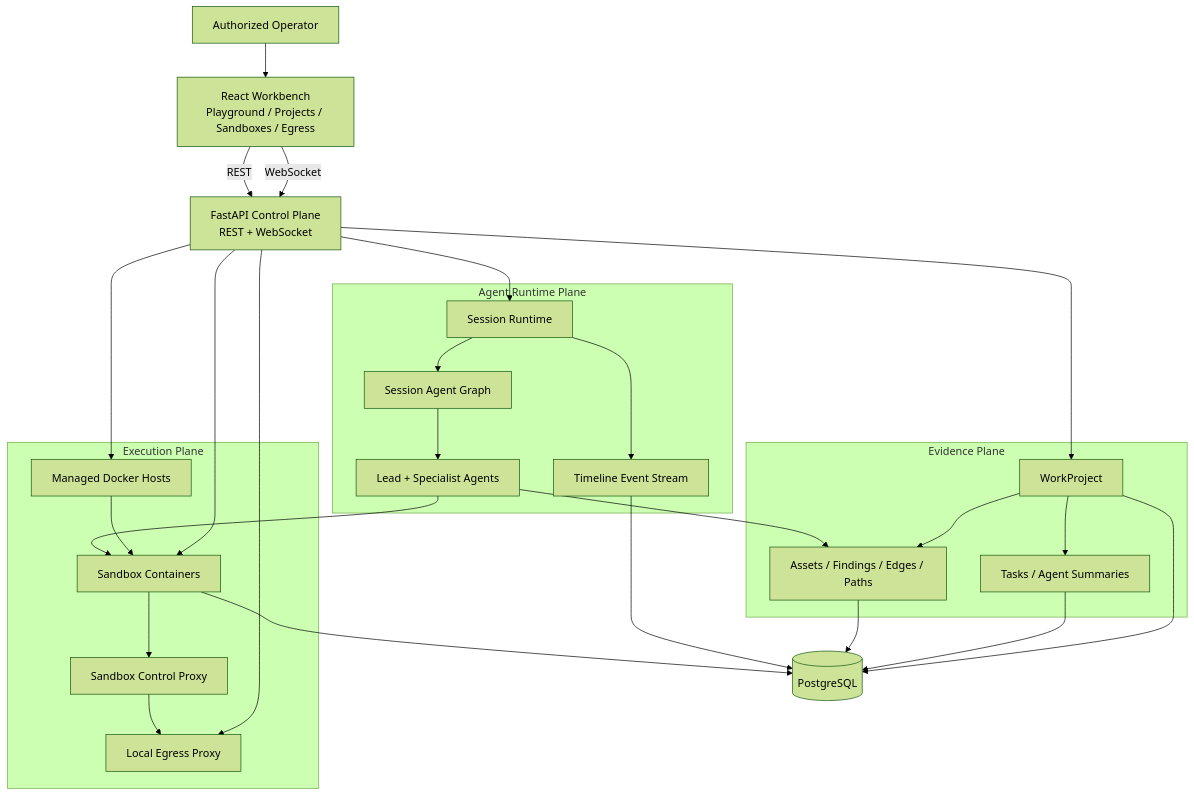
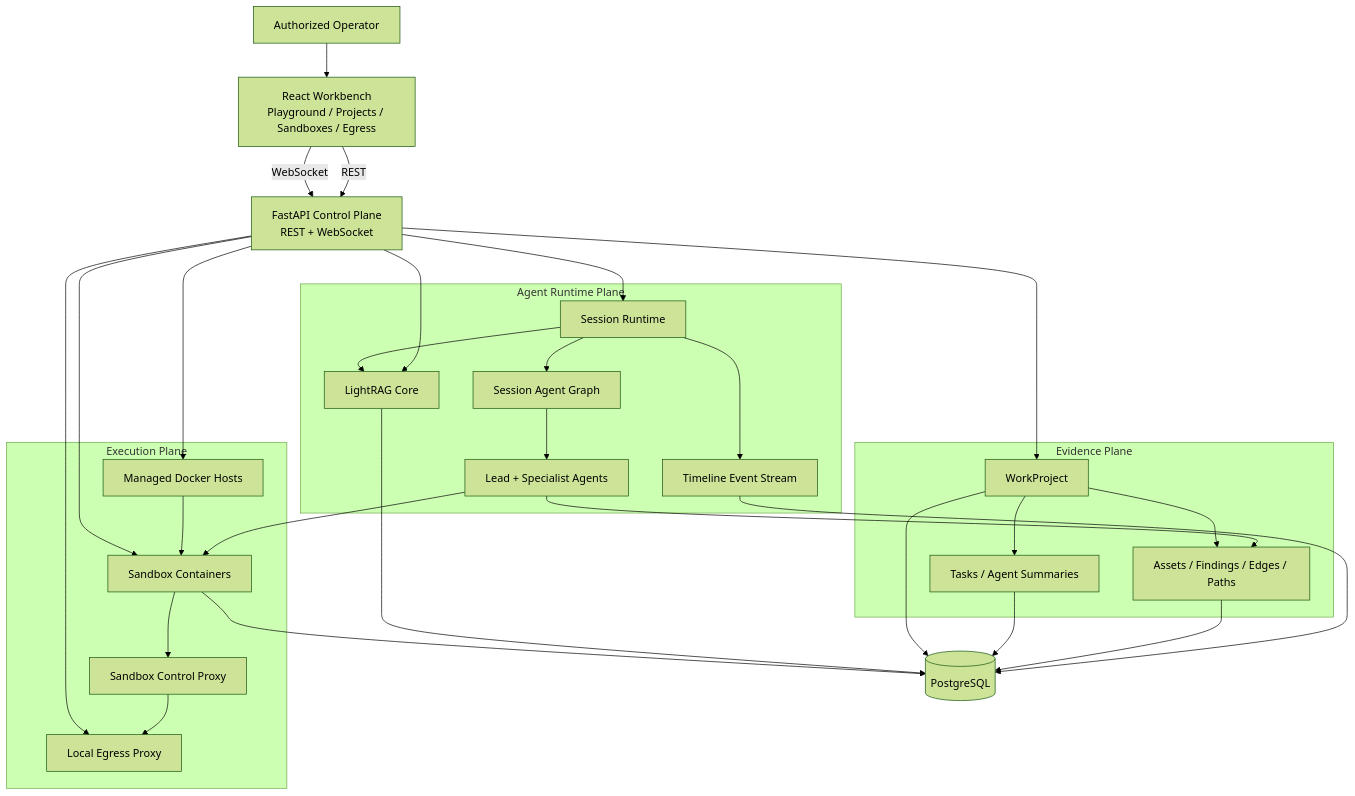
One commit to MolTau9527/Z3r0 changed the first of 4 diagrams in README.md. Above: the diagram before and after it, drawn with Mermaid (forest theme). The commit also changed other lines of this file and 99 other files, not shown here.

Commit message:
feat: Add LightRAG knowledge management and contextual retrieval

````diff
--- a/README.md
+++ b/README.md
@@ -41,48 +41,52 @@
 ```mermaid
 flowchart TB
   Operator["Authorized Operator"]
   Workbench["React Workbench<br/>Playground / Projects / Sandboxes / Egress"]
   API["FastAPI Control Plane<br/>REST + WebSocket"]
 
   subgraph Runtime["Agent Runtime Plane"]
     Session["Session Runtime"]
     Graph["Session Agent Graph"]
     Team["Lead + Specialist Agents"]
+    RAG["LightRAG Core"]
     Timeline["Timeline Event Stream"]
   end
 
   subgraph Evidence["Evidence Plane"]
     Project["WorkProject"]
     Records["Assets / Findings / Edges / Paths"]
     Tasks["Tasks / Agent Summaries"]
   end
 
   subgraph Execution["Execution Plane"]
     Hosts["Managed Docker Hosts"]
     Containers["Sandbox Containers"]
     ControlProxy["Sandbox Control Proxy"]
     Egress["Local Egress Proxy"]
   end
 
   Store[("PostgreSQL")]
 
   Operator --> Workbench
   Workbench -->|REST| API
   Workbench -->|WebSocket| API
   API --> Session --> Graph --> Team
+  API --> RAG
+  Session --> RAG
   Team --> Records
   Team --> Containers
   Session --> Timeline
   Project --> Records
   Project --> Tasks
   Hosts --> Containers --> ControlProxy --> Egress
   API --> Project
   API --> Hosts
   API --> Containers
   API --> Egress
   Timeline --> Store
   Records --> Store
   Tasks --> Store
   Project --> Store
   Containers --> Store
+  RAG --> Store
 ```
````
